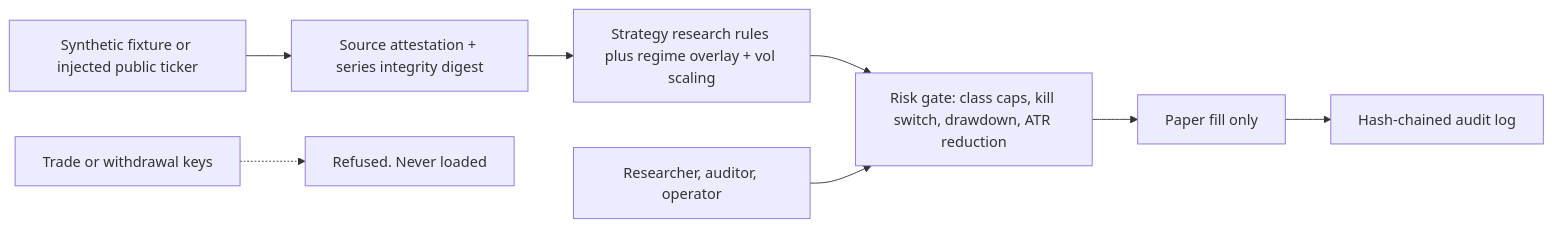
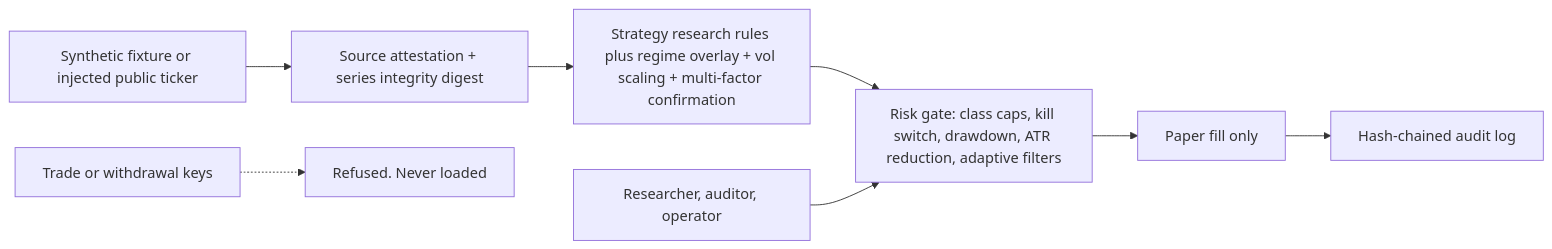
Before and after one commit to kkzee92/aixtech-crypto-intel: the diagram in docs/security-architecture.md, drawn with Mermaid. The commit also changed other lines of this file, not shown here.

Commit message:
Update security architecture notes for v0.5

````diff
--- a/docs/security-architecture.md
+++ b/docs/security-architecture.md
@@ -9,10 +9,10 @@
 ```mermaid
 flowchart LR
     F["Synthetic fixture or injected public ticker"] --> AT["Source attestation + series integrity digest"]
-    AT --> S["Strategy research rules plus regime overlay + vol scaling"]
-    S --> R["Risk gate: class caps, kill switch, drawdown, ATR reduction"]
+    AT --> S["Strategy research rules plus regime overlay + vol scaling + multi-factor confirmation"]
+    S --> R["Risk gate: class caps, kill switch, drawdown, ATR reduction, adaptive filters"]
     R --> P["Paper fill only"]
     P --> A["Hash-chained audit log"]
     K["Trade or withdrawal keys"] -.-> X["Refused. Never loaded"]
     RBAC["Researcher, auditor, operator"] --> R
 ```
````
